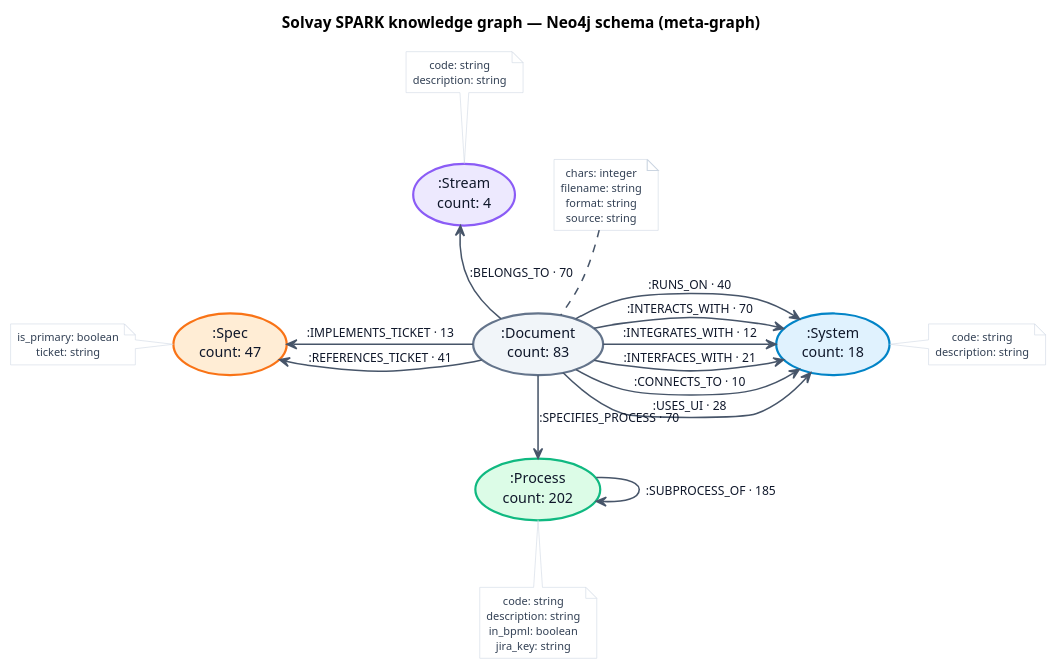
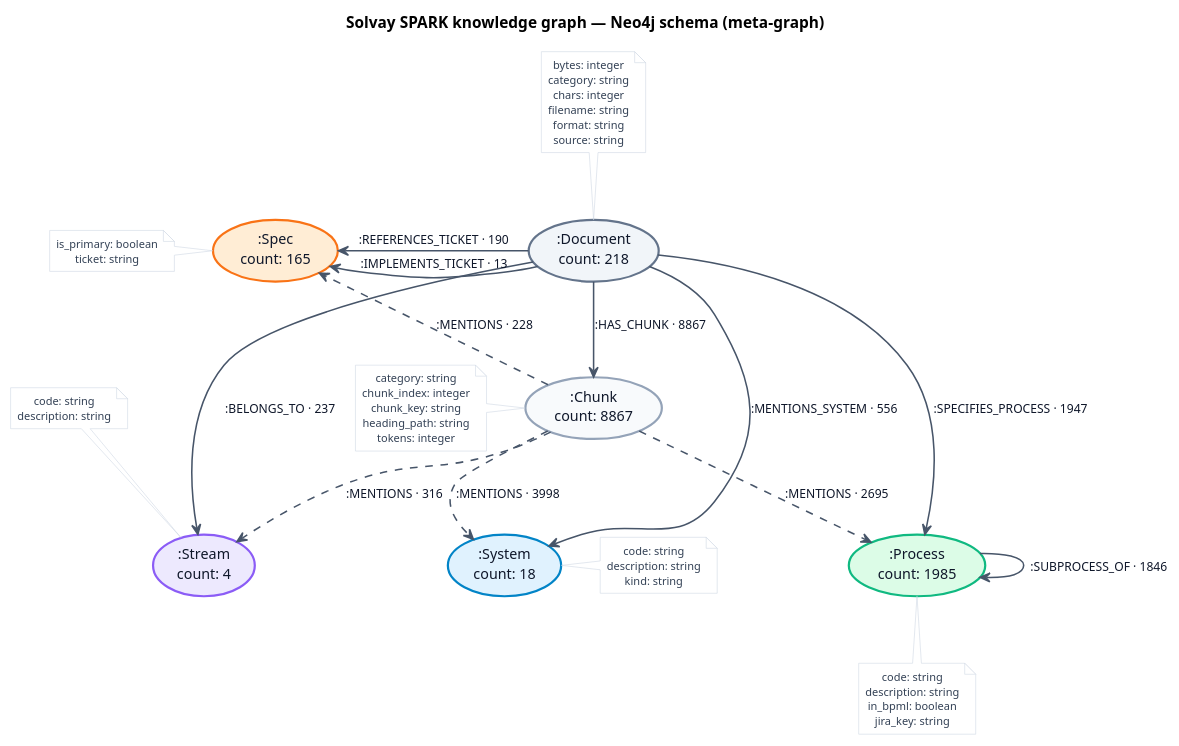
The diagram in docs/kg-neo4j-schema.puml (spalanivelu1989/docling-studio), drawn with PlantUML before and after one commit. The commit also changed 123 other files, not shown here.

```diff
--- a/docs/kg-neo4j-schema.puml
+++ b/docs/kg-neo4j-schema.puml
@@ -1,64 +1,75 @@
 @startuml kg-neo4j-schema
 title Solvay SPARK knowledge graph — Neo4j schema (meta-graph)
 
 skinparam backgroundColor #FFFFFF
 skinparam shadowing false
 skinparam defaultTextAlignment center
 skinparam ArrowColor #475569
 skinparam ArrowFontColor #0F172A
 skinparam ArrowFontSize 11
 skinparam ArrowThickness 1.4
 skinparam usecase {
   FontColor #0F172A
   FontSize 13
   BorderThickness 2
 }
 skinparam note {
   BackgroundColor #FFFFFF
   BorderColor #CBD5E1
   FontColor #334155
   FontSize 10
 }
 
 usecase ":Stream\ncount: 4" as STREAM #EDE9FE;line:8B5CF6
 note top of STREAM
 code: string
 description: string
 end note
-usecase ":Spec\ncount: 47" as SPEC #FFEDD5;line:F97316
+usecase ":Spec\ncount: 165" as SPEC #FFEDD5;line:F97316
 note left of SPEC
 is_primary: boolean
 ticket: string
 end note
-usecase ":Document\ncount: 83" as DOCUMENT #F1F5F9;line:64748B
+usecase ":Document\ncount: 218" as DOCUMENT #F1F5F9;line:64748B
 note top of DOCUMENT
+bytes: integer
+category: string
 chars: integer
 filename: string
 format: string
 source: string
 end note
 usecase ":System\ncount: 18" as SYSTEM #E0F2FE;line:0284C7
 note right of SYSTEM
 code: string
 description: string
+kind: string
 end note
-usecase ":Process\ncount: 202" as PROCESS #DCFCE7;line:10B981
+usecase ":Process\ncount: 1985" as PROCESS #DCFCE7;line:10B981
 note bottom of PROCESS
 code: string
 description: string
 in_bpml: boolean
 jira_key: string
 end note
+usecase ":Chunk\ncount: 8867" as CHUNK #F8FAFC;line:94A3B8
+note left of CHUNK
+category: string
+chunk_index: integer
+chunk_key: string
+heading_path: string
+tokens: integer
+end note
 
-DOCUMENT -up-> STREAM : ":BELONGS_TO · 70"
-DOCUMENT -left-> SPEC : ":REFERENCES_TICKET · 41"
+DOCUMENT -up-> STREAM : ":BELONGS_TO · 237"
+DOCUMENT -left-> SPEC : ":REFERENCES_TICKET · 190"
 DOCUMENT -left-> SPEC : ":IMPLEMENTS_TICKET · 13"
-DOCUMENT -right-> SYSTEM : ":INTERACTS_WITH · 70"
-DOCUMENT -right-> SYSTEM : ":RUNS_ON · 40"
-DOCUMENT -right-> SYSTEM : ":USES_UI · 28"
-DOCUMENT -right-> SYSTEM : ":INTERFACES_WITH · 21"
-DOCUMENT -right-> SYSTEM : ":INTEGRATES_WITH · 12"
-DOCUMENT -right-> SYSTEM : ":CONNECTS_TO · 10"
-PROCESS --> PROCESS : ":SUBPROCESS_OF · 185"
-DOCUMENT -down-> PROCESS : ":SPECIFIES_PROCESS · 70"
+DOCUMENT -right-> SYSTEM : ":MENTIONS_SYSTEM · 556"
+DOCUMENT -down-> PROCESS : ":SPECIFIES_PROCESS · 1947"
+PROCESS --> PROCESS : ":SUBPROCESS_OF · 1846"
+DOCUMENT -down-> CHUNK : ":HAS_CHUNK · 8867"
+CHUNK ..> STREAM : ":MENTIONS · 316"
+CHUNK ..> SPEC : ":MENTIONS · 228"
+CHUNK ..> SYSTEM : ":MENTIONS · 3998"
+CHUNK ..> PROCESS : ":MENTIONS · 2695"
 @enduml
```
